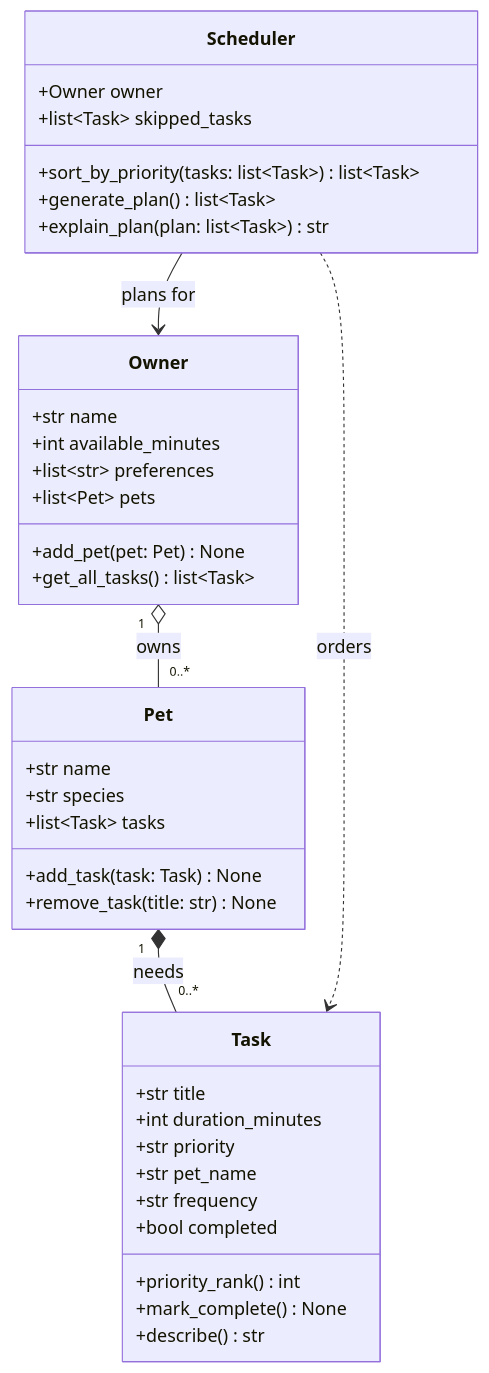
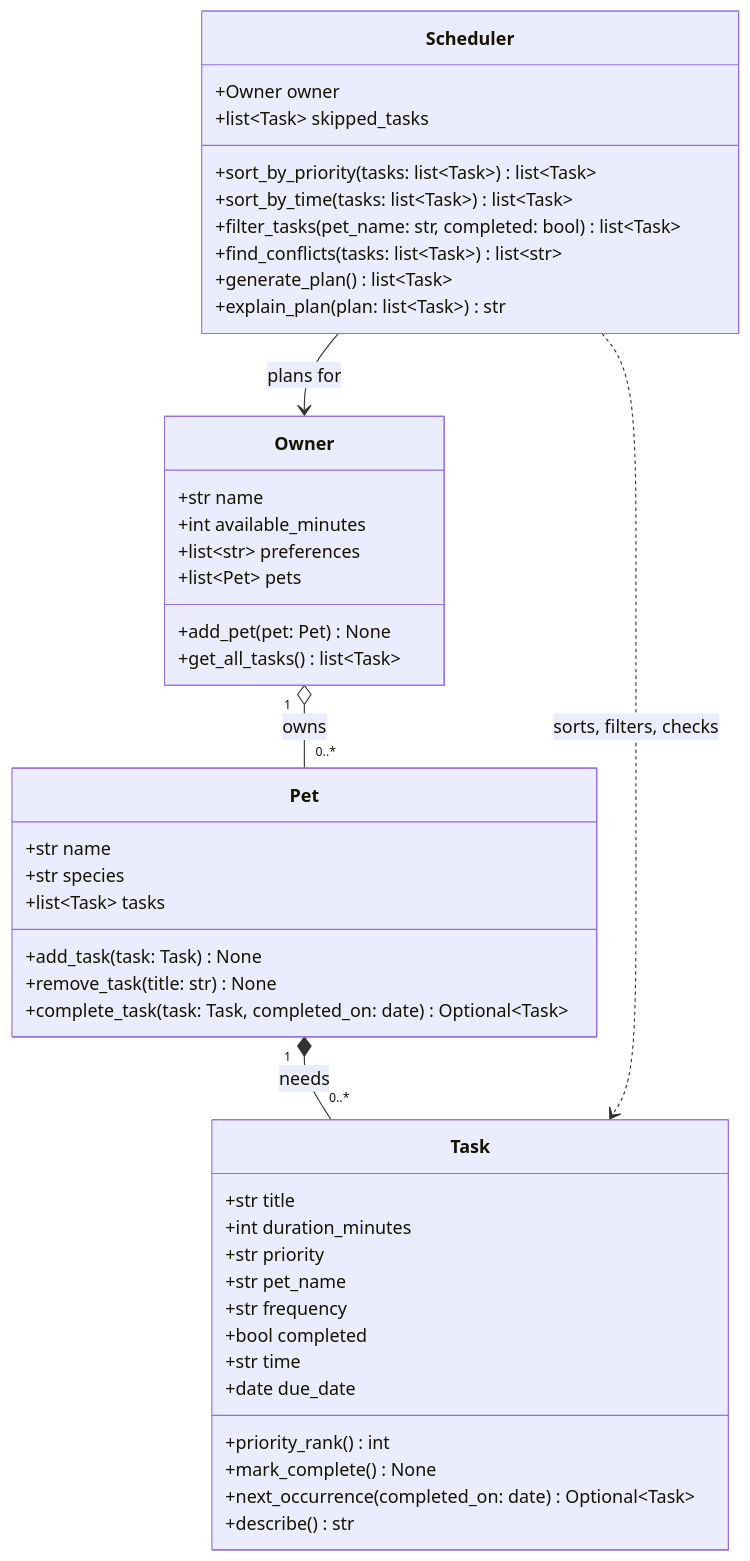
Before and after one commit to JoseBarbara-code/ai110-module2show-pawpal-starter: the diagram in diagrams/uml_draft.mmd, drawn with Mermaid. The commit also changed 6 other files, not shown here.

```diff
--- a/diagrams/uml_draft.mmd
+++ b/diagrams/uml_draft.mmd
@@ -1,46 +1,55 @@
 classDiagram
-    %% PawPal+ class design (updated in Phase 2 with the logic layer)
+    %% PawPal+ class design (final, after Phase 4)
     %% Owner has pets, each Pet has care tasks, and the Scheduler
     %% builds a daily plan from the owner's tasks and available time.
+    %% Task checks its time ("HH:MM") and frequency when it is created.
+    %% next_occurrence() returns a new Task for daily/weekly tasks, or None for "once".
 
     class Owner {
         +str name
         +int available_minutes
         +list~str~ preferences
         +list~Pet~ pets
         +add_pet(pet: Pet) None
         +get_all_tasks() list~Task~
     }
 
     class Pet {
         +str name
         +str species
         +list~Task~ tasks
         +add_task(task: Task) None
         +remove_task(title: str) None
+        +complete_task(task: Task, completed_on: date) Optional~Task~
     }
 
     class Task {
         +str title
         +int duration_minutes
         +str priority
         +str pet_name
         +str frequency
         +bool completed
+        +str time
+        +date due_date
         +priority_rank() int
         +mark_complete() None
+        +next_occurrence(completed_on: date) Optional~Task~
         +describe() str
     }
 
     class Scheduler {
         +Owner owner
         +list~Task~ skipped_tasks
         +sort_by_priority(tasks: list~Task~) list~Task~
+        +sort_by_time(tasks: list~Task~) list~Task~
+        +filter_tasks(pet_name: str, completed: bool) list~Task~
+        +find_conflicts(tasks: list~Task~) list~str~
         +generate_plan() list~Task~
         +explain_plan(plan: list~Task~) str
     }
 
     Owner "1" o-- "0..*" Pet : owns
     Pet "1" *-- "0..*" Task : needs
     Scheduler --> Owner : plans for
-    Scheduler ..> Task : orders
+    Scheduler ..> Task : sorts, filters, checks
```
